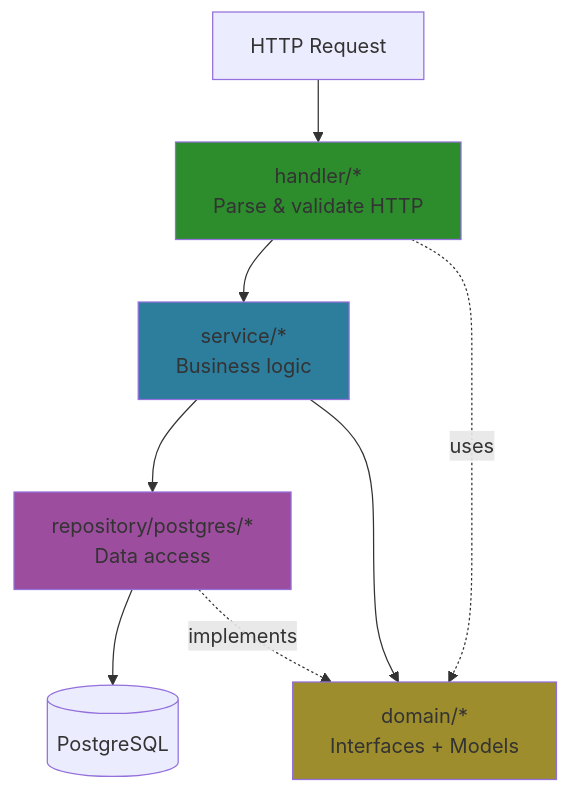
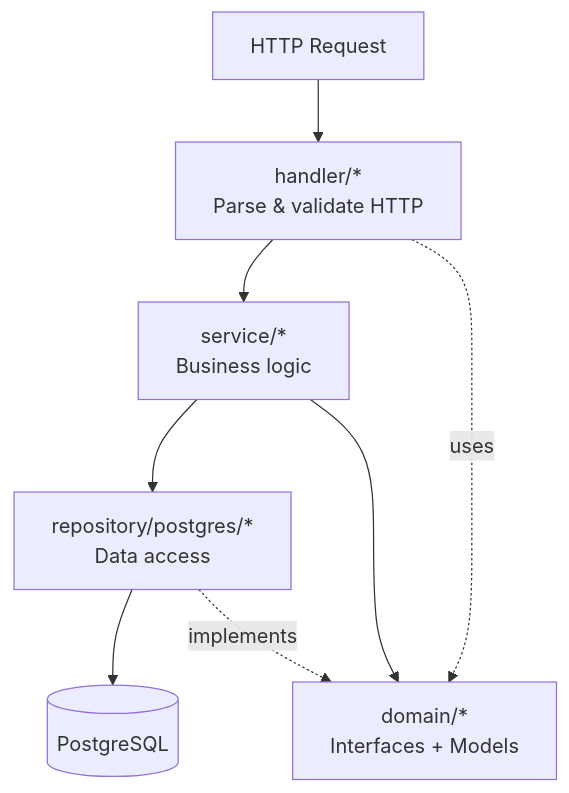
Before and after one commit to haowjy/meridian-flow: the first of 4 diagrams in _docs/technical/backend/architecture/overview.md, drawn with Mermaid. The commit also changed other lines of this file and 46 other files, not shown here.

````diff
--- a/_docs/technical/backend/architecture/overview.md
+++ b/_docs/technical/backend/architecture/overview.md
@@ -24,16 +24,12 @@
 ```mermaid
 graph TB
     HTTP[HTTP Request] --> Handler[handler/*<br/>Parse & validate HTTP]
     Handler --> Service[service/*<br/>Business logic]
     Service --> Repo[repository/postgres/*<br/>Data access]
     Repo --> PG[(PostgreSQL)]
 
     Service --> Domain[domain/*<br/>Interfaces + Models]
     Repo -.implements.-> Domain
     Handler -.uses.-> Domain
 
-    style Handler fill:#2d8d2d
-    style Service fill:#2d7d9d
-    style Repo fill:#9d4d9d
-    style Domain fill:#9d8d2d
 ```
````
